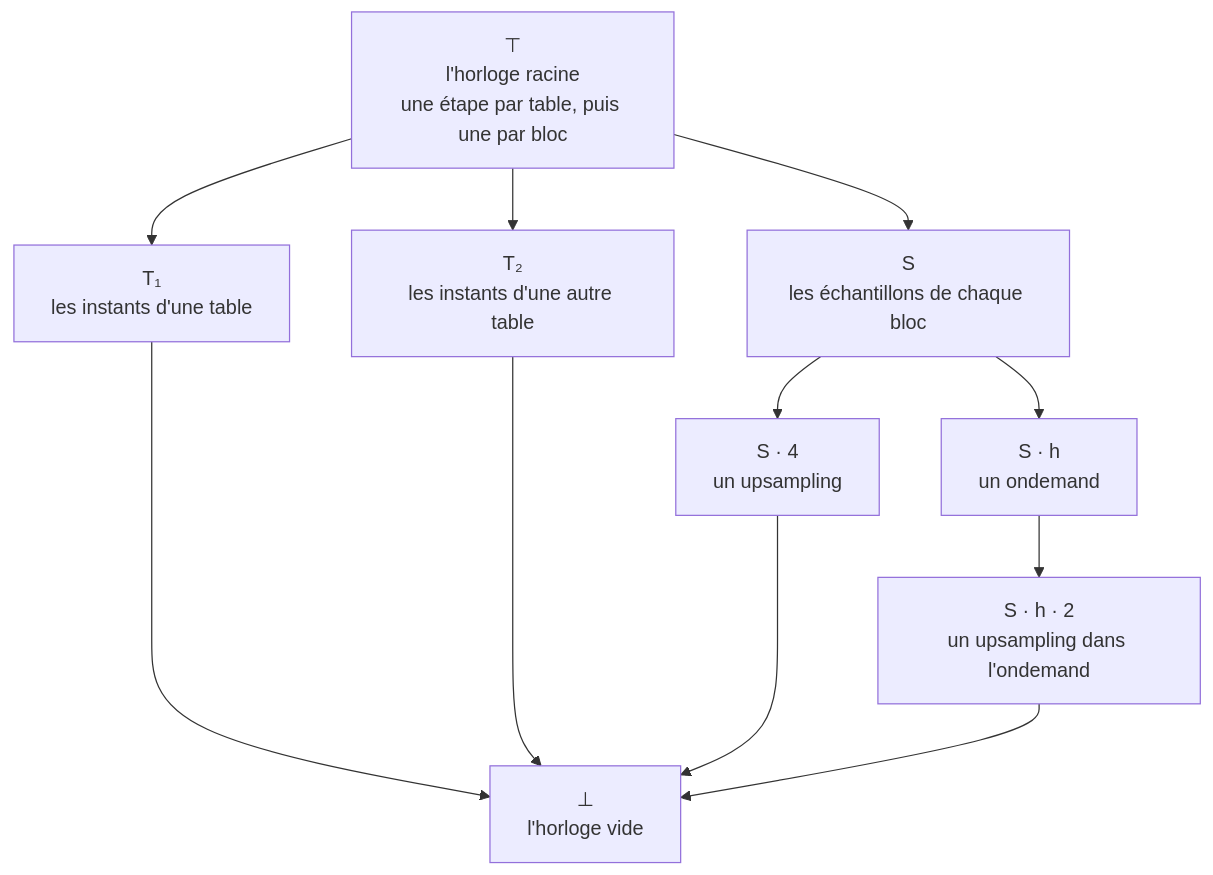
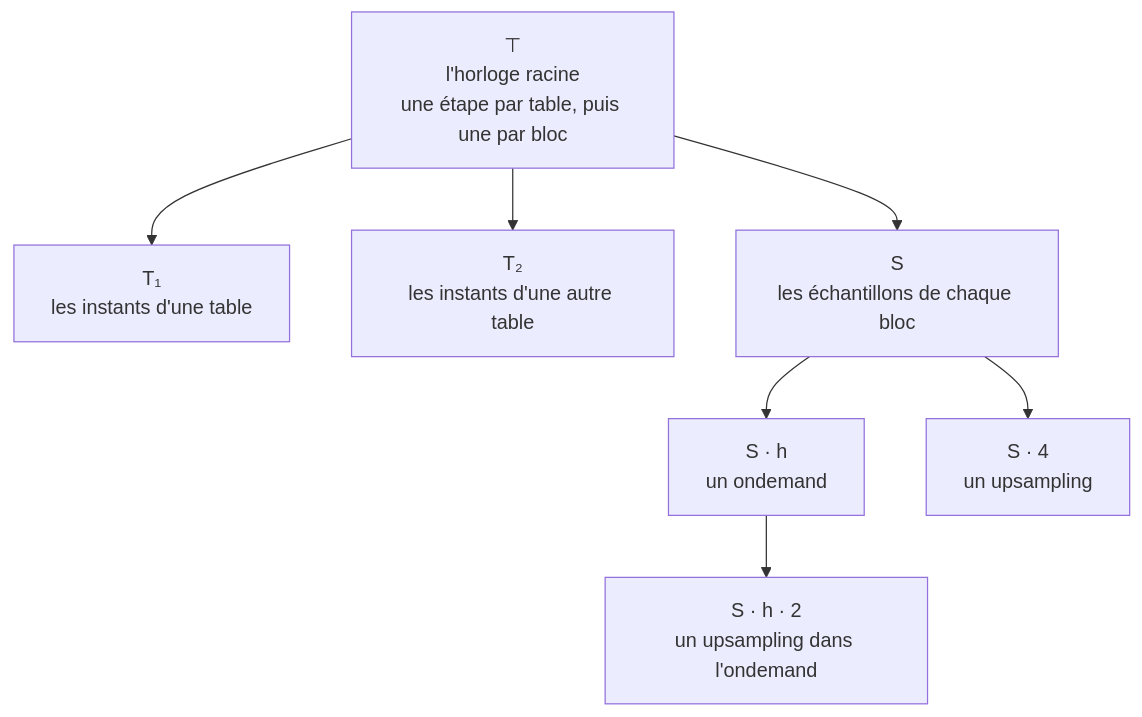
The diagram in clocks.md (orlarey/faust-ondemand-spec), drawn with Mermaid before and after one commit. The commit also changed other lines of this file and 1 other file, not shown here.

````diff
--- a/clocks.md
+++ b/clocks.md
@@ -223,21 +213,16 @@
 ```mermaid
 flowchart TD
   R["⊤<br>l'horloge racine<br>une étape par table, puis une par bloc"]
   T1["T₁<br>les instants d'une table"]
   T2["T₂<br>les instants d'une autre table"]
   S["S<br>les échantillons de chaque bloc"]
   A["S · h<br>un ondemand"]
   B["S · 4<br>un upsampling"]
   C["S · h · 2<br>un upsampling dans l'ondemand"]
-  X["⊥<br>l'horloge vide"]
   R --> T1
   R --> T2
   R --> S
   S --> A
   S --> B
   A --> C
-  T1 ----> X
-  T2 ----> X
-  B ---> X
-  C --> X
 ```
````
